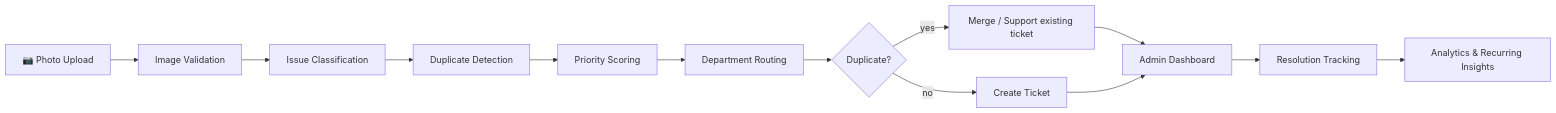
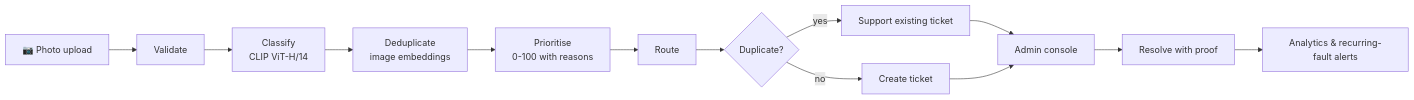
The diagram in README.md (VenomDevX/campusfix), drawn with Mermaid before and after one commit. The commit also changed other lines of this file and 33 other files, not shown here.

````diff
--- a/README.md
+++ b/README.md
@@ -58,15 +116,15 @@
 ```mermaid
 flowchart LR
-    A[📷 Photo Upload] --> B[Image Validation]
-    B --> C[Issue Classification]
-    C --> D[Duplicate Detection]
-    D --> E[Priority Scoring]
-    E --> F[Department Routing]
+    A[📷 Photo upload] --> B[Validate]
+    B --> C[Classify<br/>CLIP ViT-H/14]
+    C --> D[Deduplicate<br/>image embeddings]
+    D --> E[Prioritise<br/>0-100 with reasons]
+    E --> F[Route]
     F --> G{Duplicate?}
-    G -- yes --> H[Merge / Support existing ticket]
-    G -- no --> I[Create Ticket]
-    H --> J[Admin Dashboard]
+    G -- yes --> H[Support existing ticket]
+    G -- no --> I[Create ticket]
+    H --> J[Admin console]
     I --> J
-    J --> K[Resolution Tracking]
-    K --> L[Analytics & Recurring Insights]
+    J --> K[Resolve with proof]
+    K --> L[Analytics & recurring-fault alerts]
 ```
````
